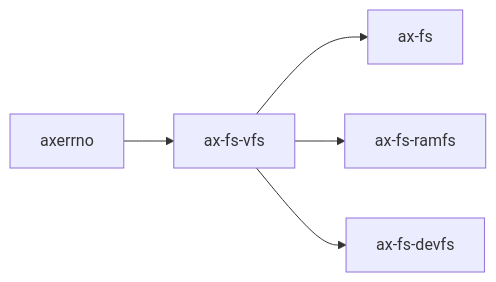
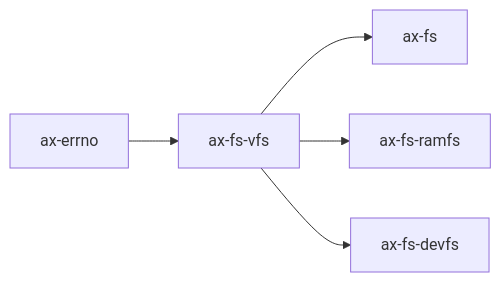
One commit to zKurisu/tgoskits changed the diagram in docs/crates/ax-fs-vfs.md. Above: the diagram before and after it, drawn with Mermaid. The commit also changed other lines of this file and 278 other files, not shown here.

Commit message:
rename axerrno to ax-errno

````diff
--- a/docs/crates/ax-fs-vfs.md
+++ b/docs/crates/ax-fs-vfs.md
@@ -82,8 +82,8 @@
 ```mermaid
 graph LR
-    axerrno["axerrno"] --> current["ax-fs-vfs"]
+    ax_errno["ax-errno"] --> current["ax-fs-vfs"]
 
     current --> ax-fs["ax-fs"]
     current --> axfs_ramfs["ax-fs-ramfs"]
     current --> axfs_devfs["ax-fs-devfs"]
 ```
````
